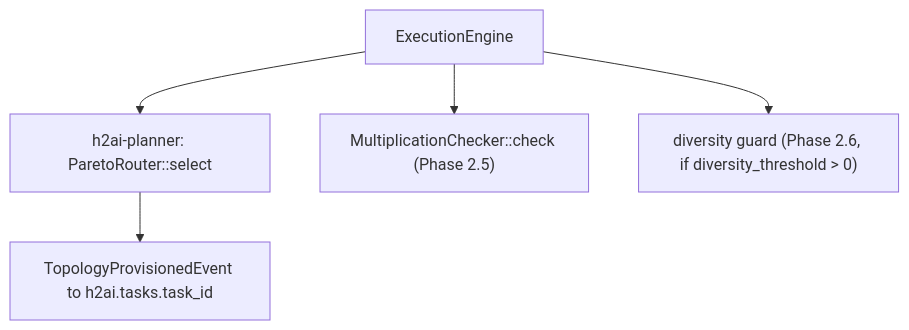
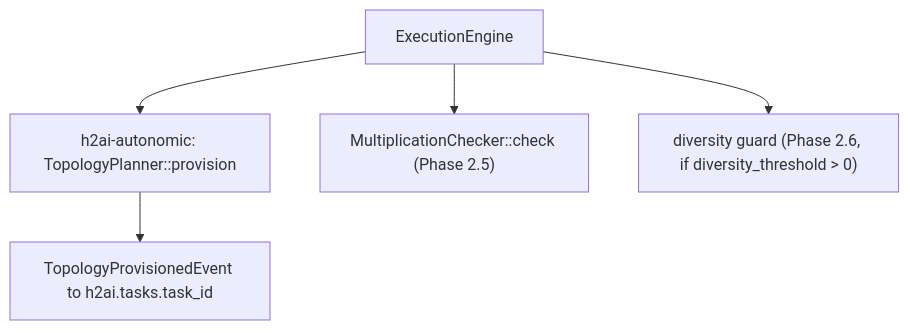
Before and after one commit to immediatus/h2ai-control-plane: the tenth of 19 diagrams in docs/architecture/architecture.md, drawn with Mermaid. The commit also changed other lines of this file and 71 other files, not shown here.

````diff
--- a/docs/architecture/architecture.md
+++ b/docs/architecture/architecture.md
@@ -721,7 +725,7 @@
 ```mermaid
 flowchart TD
-    EE[ExecutionEngine] --> PL["h2ai-planner: ParetoRouter::select"]
+    EE[ExecutionEngine] --> PL["h2ai-autonomic: TopologyPlanner::provision"]
     PL --> TPE["TopologyProvisionedEvent to h2ai.tasks.task_id"]
     EE --> MC["MultiplicationChecker::check (Phase 2.5)"]
     EE --> DG["diversity guard (Phase 2.6, if diversity_threshold > 0)"]
 ```
````
